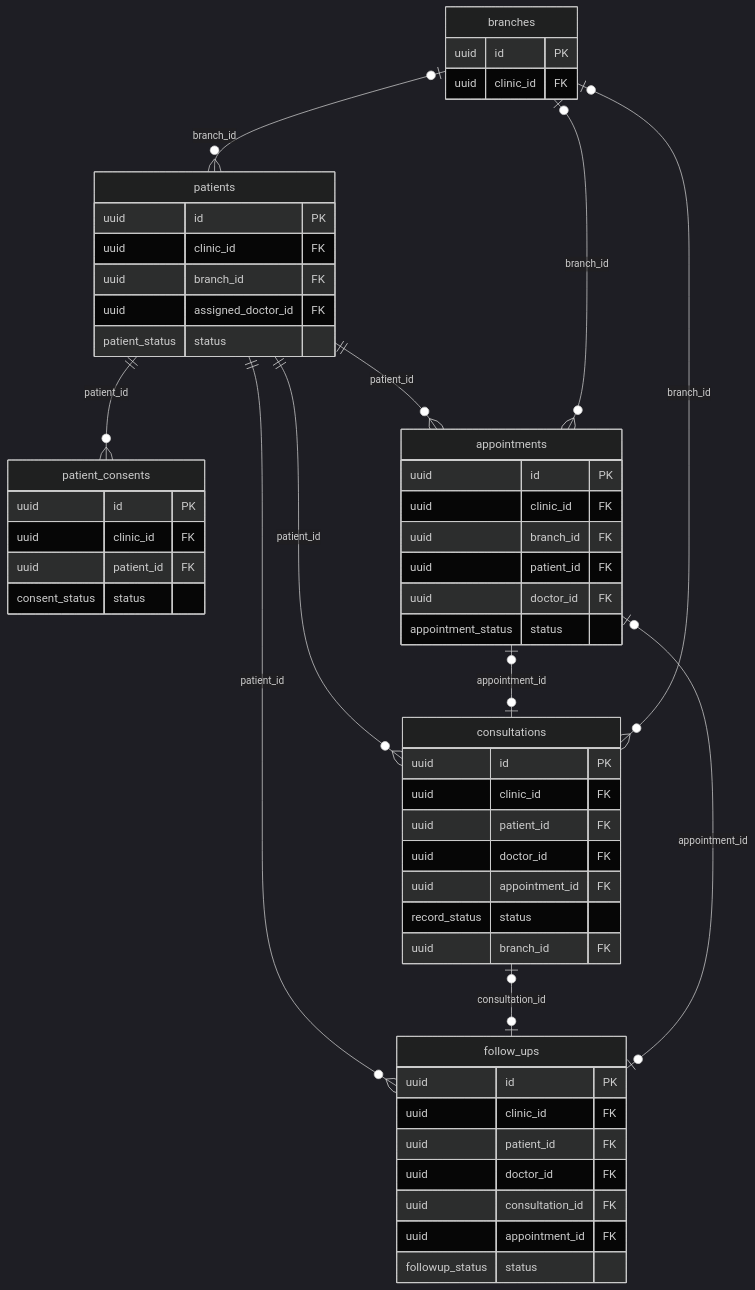
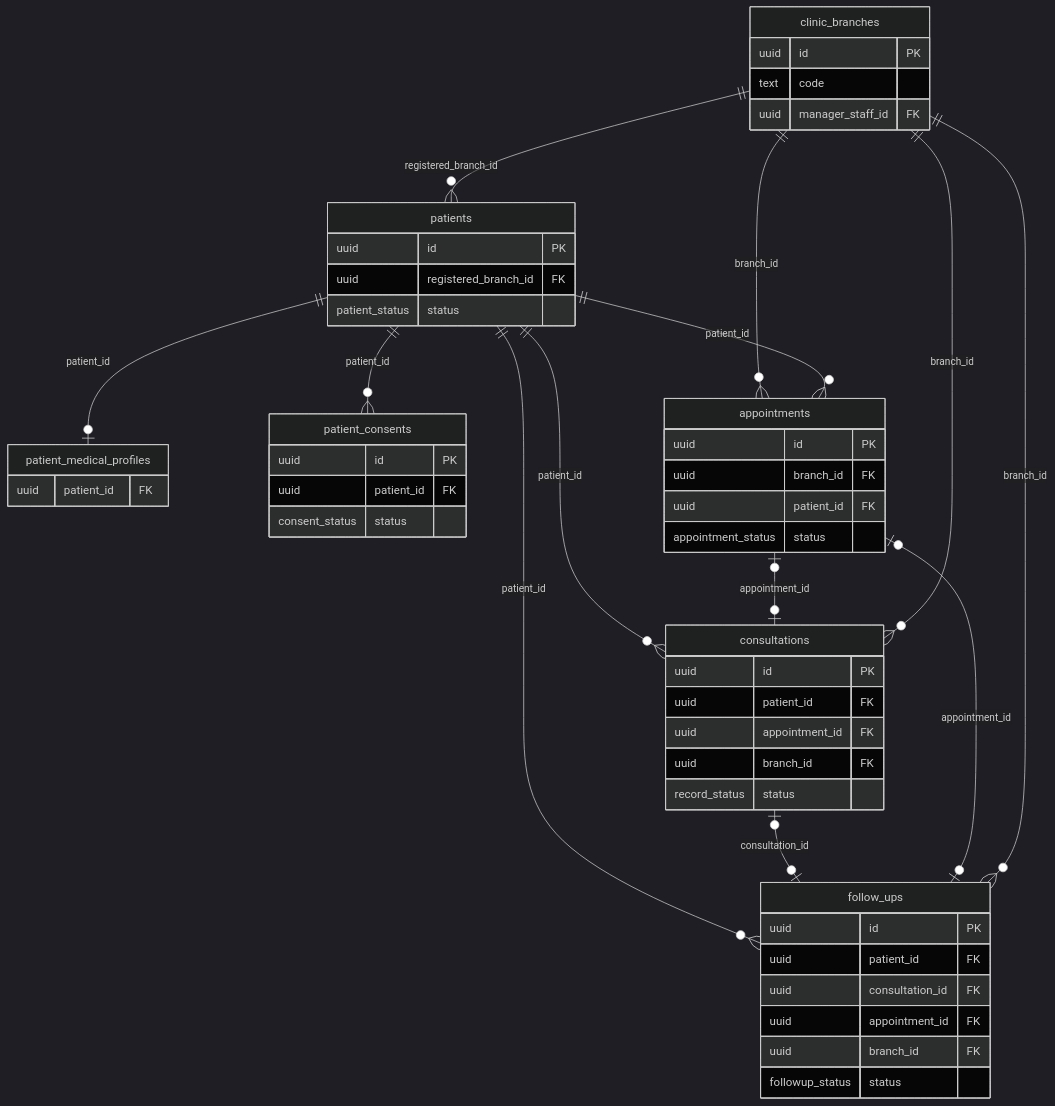
Before and after one commit to Vxoratech/drujjwalkarangale: the second of 5 diagrams in docs/ERD.md, drawn with Mermaid (dark theme). The commit also changed other lines of this file and 153 other files, not shown here.

First line of the commit message:
Rebuild Vaidyora as a single-doctor, multi-branch clinic

````diff
--- a/docs/ERD.md
+++ b/docs/ERD.md
@@ -73,56 +72,54 @@
 ```mermaid
 erDiagram
   patients {
     uuid id PK
-    uuid clinic_id FK
-    uuid branch_id FK
-    uuid assigned_doctor_id FK
+    uuid registered_branch_id FK
     patient_status status
+  }
+  patient_medical_profiles {
+    uuid patient_id FK
   }
   patient_consents {
     uuid id PK
-    uuid clinic_id FK
     uuid patient_id FK
     consent_status status
   }
   appointments {
     uuid id PK
-    uuid clinic_id FK
     uuid branch_id FK
     uuid patient_id FK
-    uuid doctor_id FK
     appointment_status status
   }
   follow_ups {
     uuid id PK
-    uuid clinic_id FK
     uuid patient_id FK
-    uuid doctor_id FK
     uuid consultation_id FK
     uuid appointment_id FK
+    uuid branch_id FK
     followup_status status
   }
-  branches {
+  clinic_branches {
     uuid id PK
-    uuid clinic_id FK
+    text code
+    uuid manager_staff_id FK
   }
   consultations {
     uuid id PK
-    uuid clinic_id FK
     uuid patient_id FK
-    uuid doctor_id FK
     uuid appointment_id FK
+    uuid branch_id FK
     record_status status
-    uuid branch_id FK
   }
-  branches |o--o{ patients : "branch_id"
+  clinic_branches ||--o{ patients : "registered_branch_id"
+  patients ||--o| patient_medical_profiles : "patient_id"
+  patients ||--o{ patient_consents : "patient_id"
+  clinic_branches ||--o{ appointments : "branch_id"
   patients ||--o{ appointments : "patient_id"
-  branches |o--o{ appointments : "branch_id"
   patients ||--o{ consultations : "patient_id"
   appointments |o--o| consultations : "appointment_id"
-  patients ||--o{ patient_consents : "patient_id"
-  branches |o--o{ consultations : "branch_id"
+  clinic_branches ||--o{ consultations : "branch_id"
   patients ||--o{ follow_ups : "patient_id"
   consultations |o--o| follow_ups : "consultation_id"
   appointments |o--o| follow_ups : "appointment_id"
+  clinic_branches ||--o{ follow_ups : "branch_id"
 ```
````
